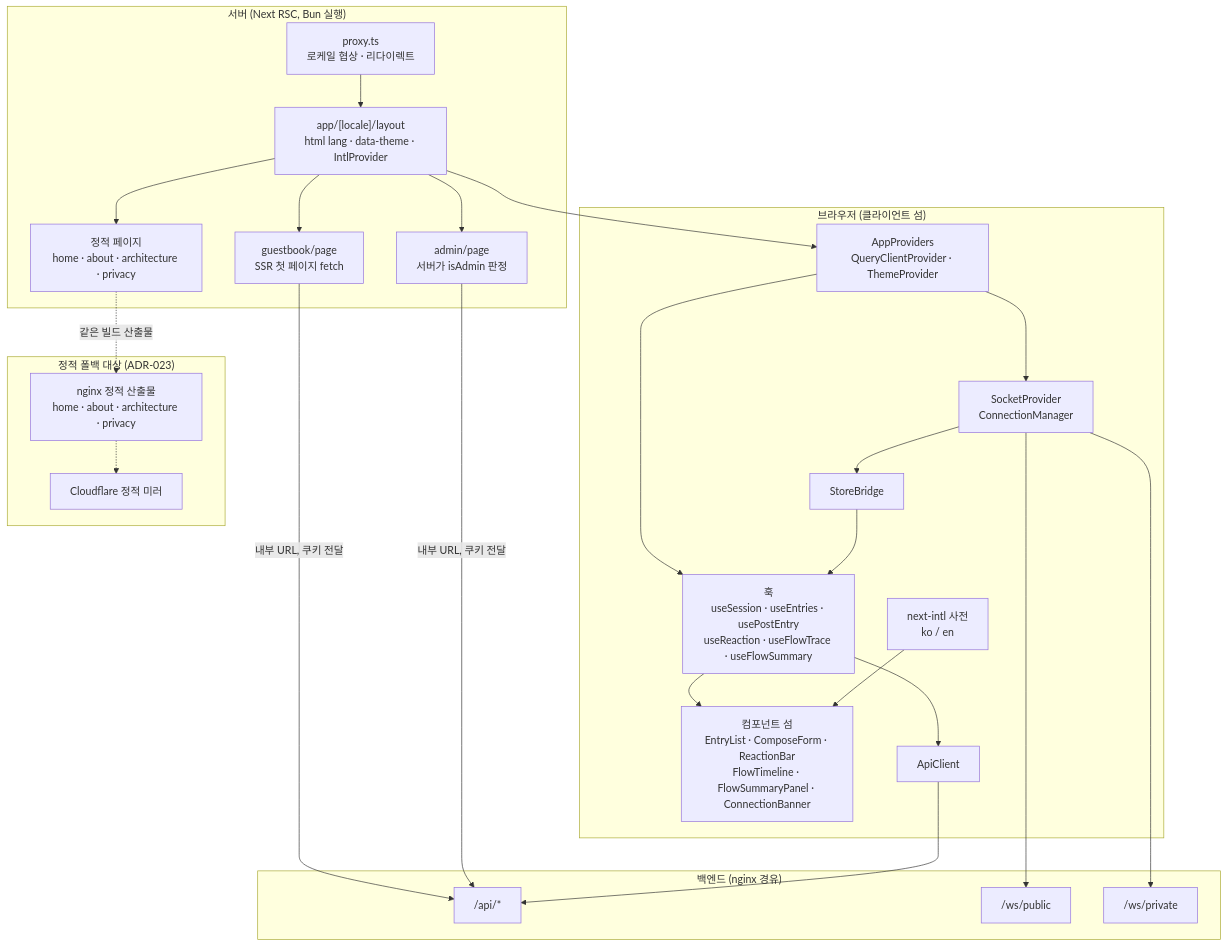
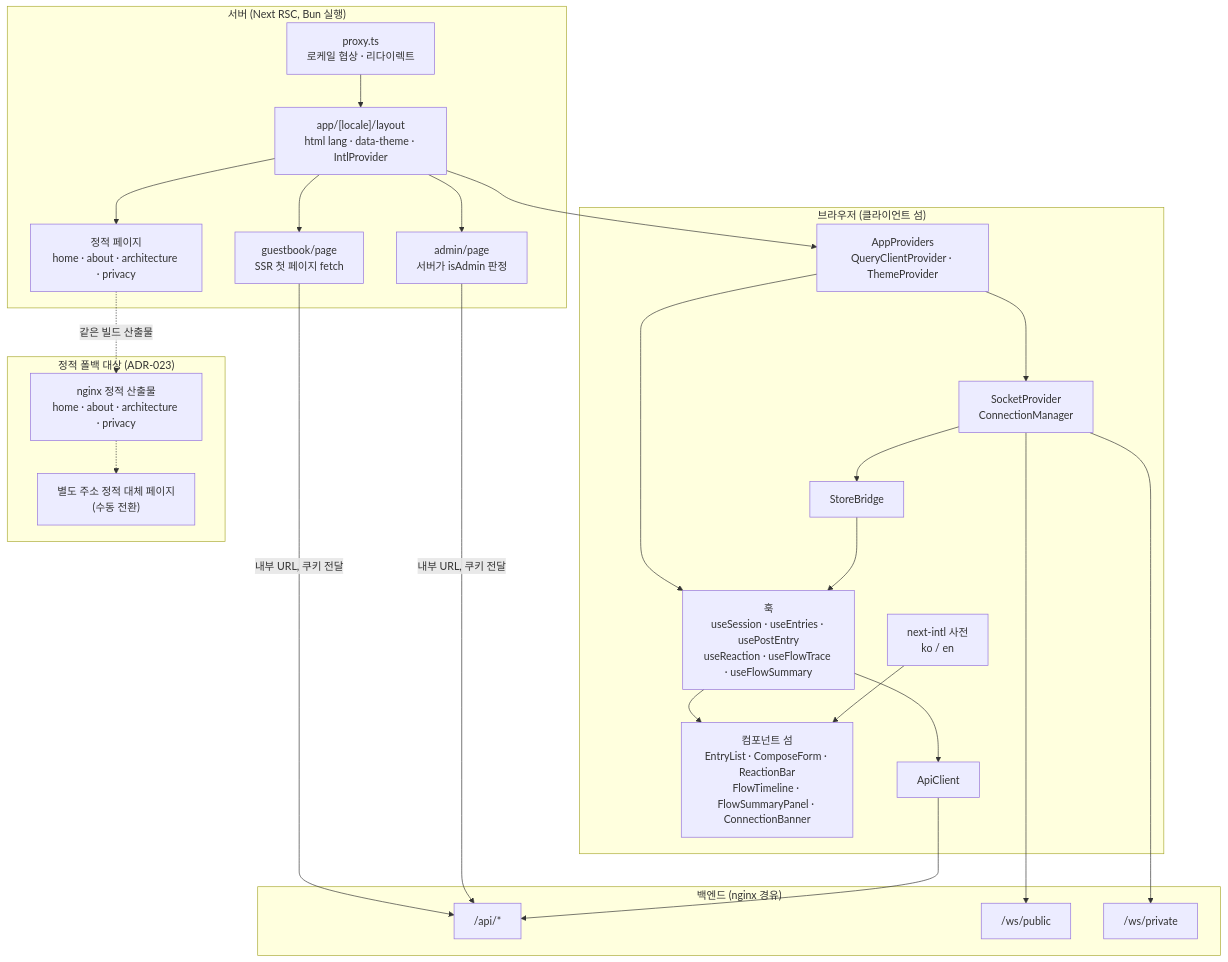
One commit to 1985jwlee/portpolio_backend changed the first of 43 diagrams in docs/design/features/15-web.md. Above: the diagram before and after it, drawn with Mermaid. The commit also changed 50 other files, not shown here.

````diff
--- a/docs/design/features/15-web.md
+++ b/docs/design/features/15-web.md
@@ -12,43 +12,43 @@
 ```mermaid
 flowchart TB
     subgraph rsc["서버 (Next RSC, Bun 실행)"]
         LAY["app/[locale]/layout<br/>html lang · data-theme · IntlProvider"]
         SP["정적 페이지<br/>home · about · architecture · privacy"]
         GP["guestbook/page<br/>SSR 첫 페이지 fetch"]
         AP["admin/page<br/>서버가 isAdmin 판정"]
         PRX["proxy.ts<br/>로케일 협상 · 리다이렉트"]
     end
     subgraph cli["브라우저 (클라이언트 섬)"]
         PRV["AppProviders<br/>QueryClientProvider · ThemeProvider"]
         SKT["SocketProvider<br/>ConnectionManager"]
         HK["훅<br/>useSession · useEntries · usePostEntry<br/>useReaction · useFlowTrace · useFlowSummary"]
         UI["컴포넌트 섬<br/>EntryList · ComposeForm · ReactionBar<br/>FlowTimeline · FlowSummaryPanel · ConnectionBanner"]
         API["ApiClient"]
         STB["StoreBridge"]
         I18N["next-intl 사전<br/>ko / en"]
     end
     subgraph back["백엔드 (nginx 경유)"]
         REST["/api/*"]
         WSP["/ws/public"]
         WSV["/ws/private"]
     end
     subgraph fb["정적 폴백 대상 (ADR-023)"]
         FB1["nginx 정적 산출물<br/>home · about · architecture · privacy"]
-        FB2["Cloudflare 정적 미러"]
+        FB2["별도 주소 정적 대체 페이지<br>(수동 전환)"]
     end
     PRX --> LAY
     LAY --> SP
     LAY --> GP
     LAY --> AP
     GP -->|"내부 URL, 쿠키 전달"| REST
     AP -->|"내부 URL, 쿠키 전달"| REST
     LAY --> PRV --> SKT
     PRV --> HK --> UI
     HK --> API --> REST
     SKT --> WSP
     SKT --> WSV
     SKT --> STB --> HK
     I18N --> UI
     SP -.->|"같은 빌드 산출물"| FB1
     FB1 -.-> FB2
 ```
````
